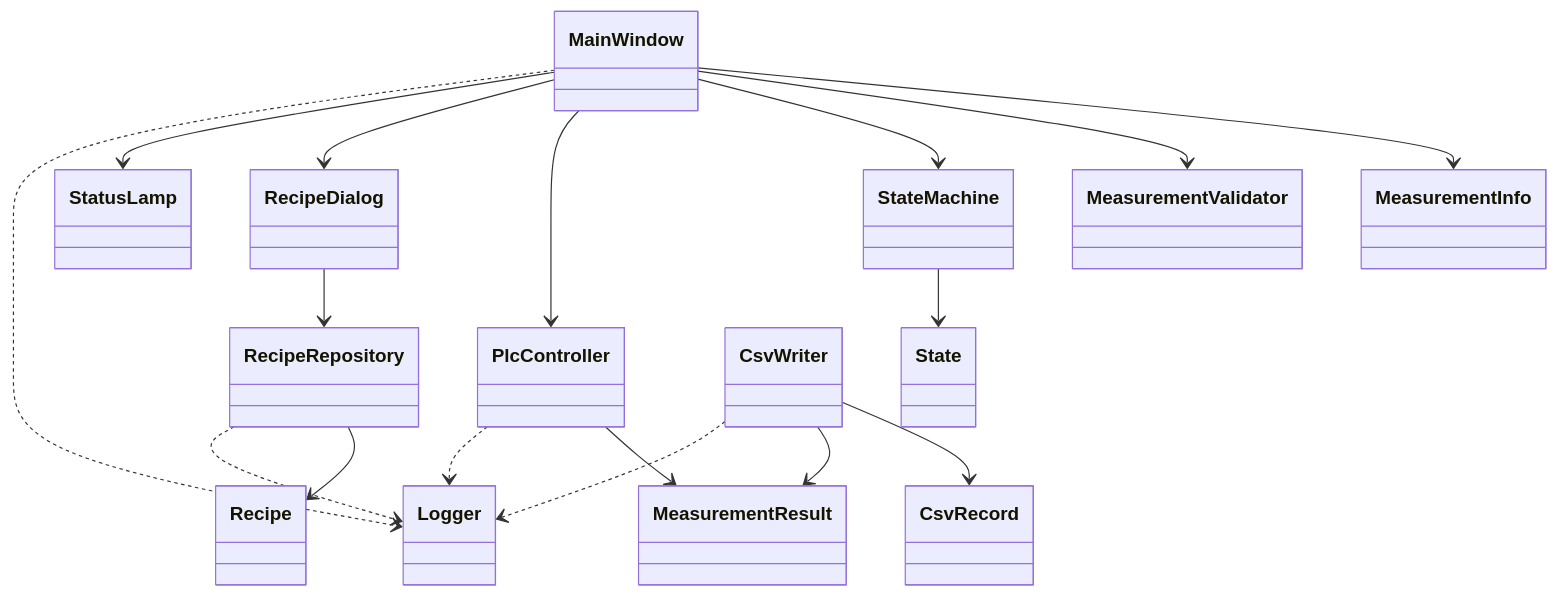
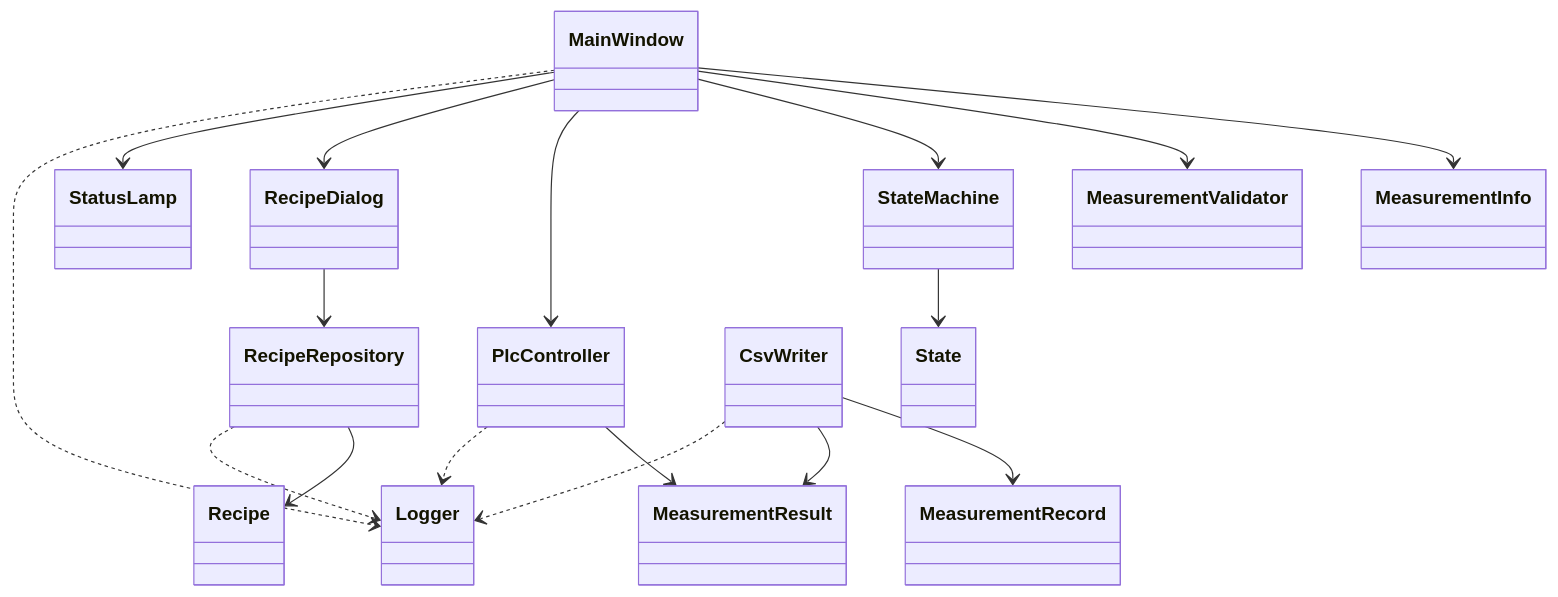
Before and after one commit to daiki-dev-jp/SIS_Semiconductor-Inspection-System: the first of 2 diagrams in docs/class_design.md, drawn with Mermaid. The commit also changed other lines of this file and 10 other files, not shown here.

````diff
--- a/docs/class_design.md
+++ b/docs/class_design.md
@@ -41,40 +41,40 @@
 ```mermaid
 classDiagram
 
 class MainWindow
 class MeasurementInfo
 class MeasurementResult
 class MeasurementValidator
 class State
 class StateMachine
 class PlcController
 class RecipeDialog
 class RecipeRepository
 class Recipe
 class CsvWriter
-class CsvRecord
+class MeasurementRecord
 class Logger
 class StatusLamp
 
 MainWindow --> MeasurementInfo
 MainWindow --> MeasurementValidator
 MainWindow --> StateMachine
 MainWindow --> PlcController
 MainWindow --> RecipeDialog
 MainWindow --> StatusLamp
 
 PlcController --> MeasurementResult
 
-CsvWriter --> CsvRecord
+CsvWriter --> MeasurementRecord
 CsvWriter --> MeasurementResult
 
 RecipeDialog --> RecipeRepository
 RecipeRepository --> Recipe
 
 StateMachine --> State
 
 MainWindow ..> Logger
 PlcController ..> Logger
 RecipeRepository ..> Logger
 CsvWriter ..> Logger
 ```
````
